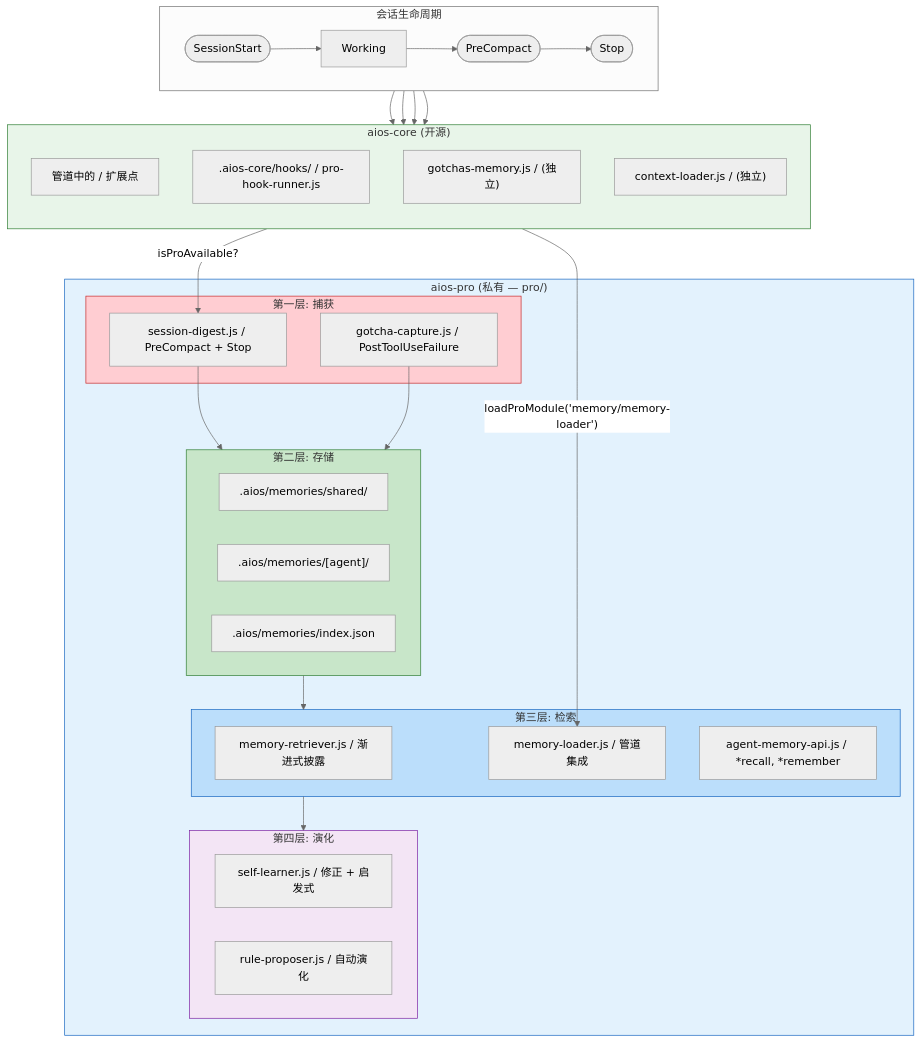
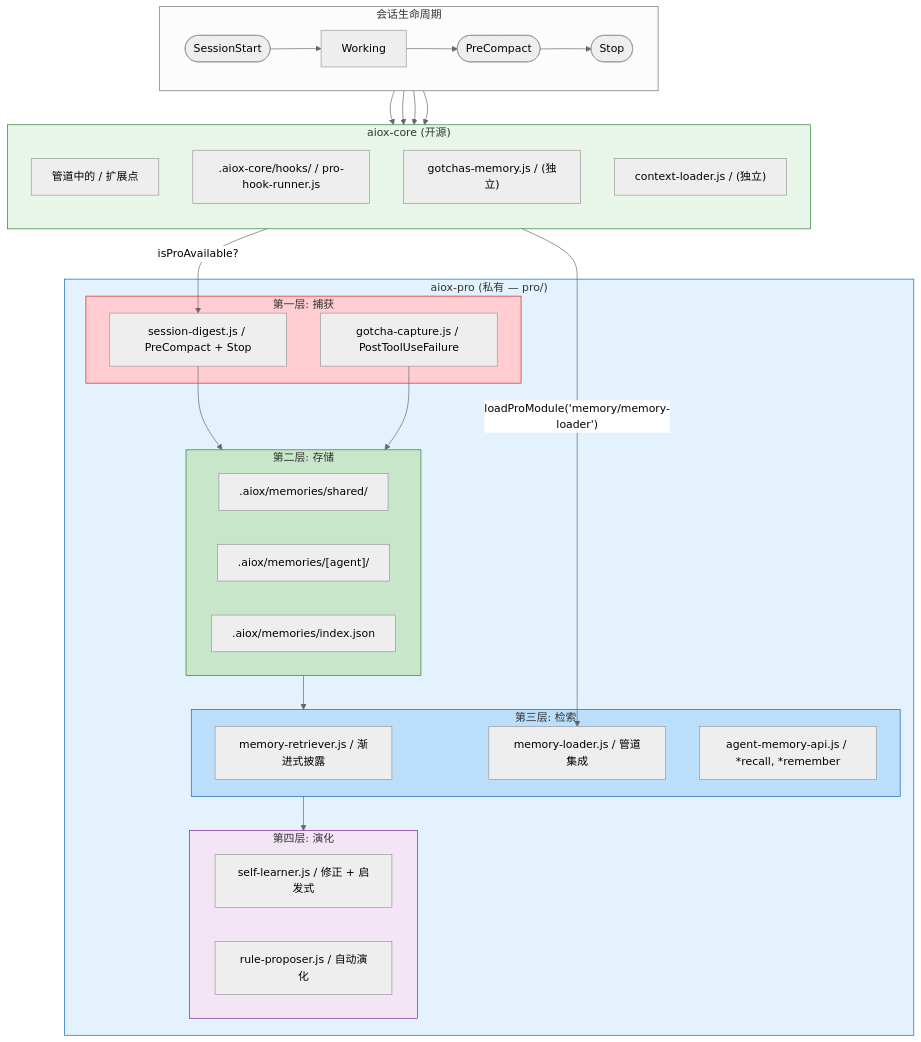
One commit to bychrisr/aios-docs changed the second of 11 diagrams in content/en/docs/zh/guides/MEMORY-INTELLIGENCE-SYSTEM.mdx. Above: the diagram before and after it, drawn with Mermaid (neutral theme). The commit also changed other lines of this file and 564 other files, not shown here.

Commit message:
chore(sync): auto-sync from aios-core 2026-03-05 [skip ci]

````diff
--- a/content/en/docs/zh/guides/MEMORY-INTELLIGENCE-SYSTEM.mdx
+++ b/content/en/docs/zh/guides/MEMORY-INTELLIGENCE-SYSTEM.mdx
@@ -298,59 +298,59 @@
 ```mermaid
 flowchart TB
     subgraph SESSION["会话生命周期"]
         direction LR
         SS([SessionStart]) --> WORK[Working] --> PC([PreCompact]) --> STOP([Stop])
     end
 
-    subgraph CORE_BOUNDARY["aios-core (开源)"]
+    subgraph CORE_BOUNDARY["aiox-core (开源)"]
         direction TB
         EXT["管道中的 / 扩展点"]
-        HOOK_RUNNER[".aios-core/hooks/ / pro-hook-runner.js"]
+        HOOK_RUNNER[".aiox-core/hooks/ / pro-hook-runner.js"]
         GOTCHAS["gotchas-memory.js / (独立)"]
         CTX_LOADER["context-loader.js / (独立)"]
     end
 
-    subgraph PRO_BOUNDARY["aios-pro (私有 — pro/)"]
+    subgraph PRO_BOUNDARY["aiox-pro (私有 — pro/)"]
         subgraph CAPTURE["第一层: 捕获"]
             C1["session-digest.js / PreCompact + Stop"]
             C2["gotcha-capture.js / PostToolUseFailure"]
         end
 
         subgraph STORAGE["第二层: 存储"]
-            ST1[".aios/memories/shared/"]
-            ST2[".aios/memories/[agent]/"]
-            ST3[".aios/memories/index.json"]
+            ST1[".aiox/memories/shared/"]
+            ST2[".aiox/memories/[agent]/"]
+            ST3[".aiox/memories/index.json"]
         end
 
         subgraph RETRIEVAL["第三层: 检索"]
             R1["memory-retriever.js / 渐进式披露"]
             R2["memory-loader.js / 管道集成"]
             R3["agent-memory-api.js / *recall, *remember"]
         end
 
         subgraph EVOLUTION["第四层: 演化"]
             E1["self-learner.js / 修正 + 启发式"]
             E2["rule-proposer.js / 自动演化"]
         end
     end
 
     PC --> HOOK_RUNNER
     STOP --> HOOK_RUNNER
     HOOK_RUNNER -->|"isProAvailable?"| C1
     WORK --> GOTCHAS
 
     C1 --> STORAGE
     C2 --> STORAGE
     STORAGE --> RETRIEVAL
     RETRIEVAL --> EVOLUTION
 
     SS --> EXT
     EXT -->|"loadProModule('memory/memory-loader')"| R2
 
     style CORE_BOUNDARY fill:#E8F5E9,stroke:#2E7D32
     style PRO_BOUNDARY fill:#E3F2FD,stroke:#1565C0
     style CAPTURE fill:#FFCDD2,stroke:#C62828
     style STORAGE fill:#C8E6C9,stroke:#2E7D32
     style RETRIEVAL fill:#BBDEFB,stroke:#1565C0
     style EVOLUTION fill:#F3E5F5,stroke:#7B1FA2
 ```
````
